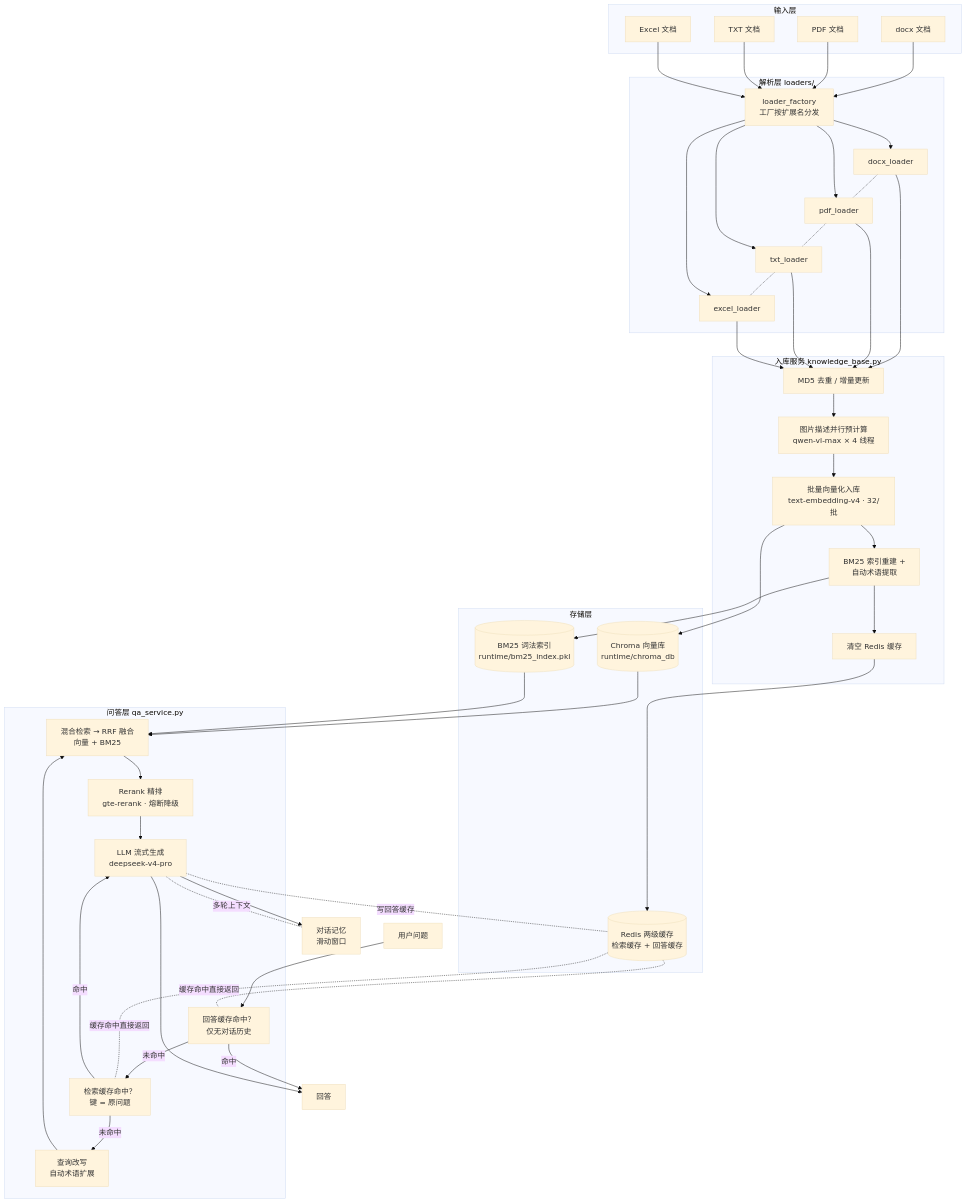
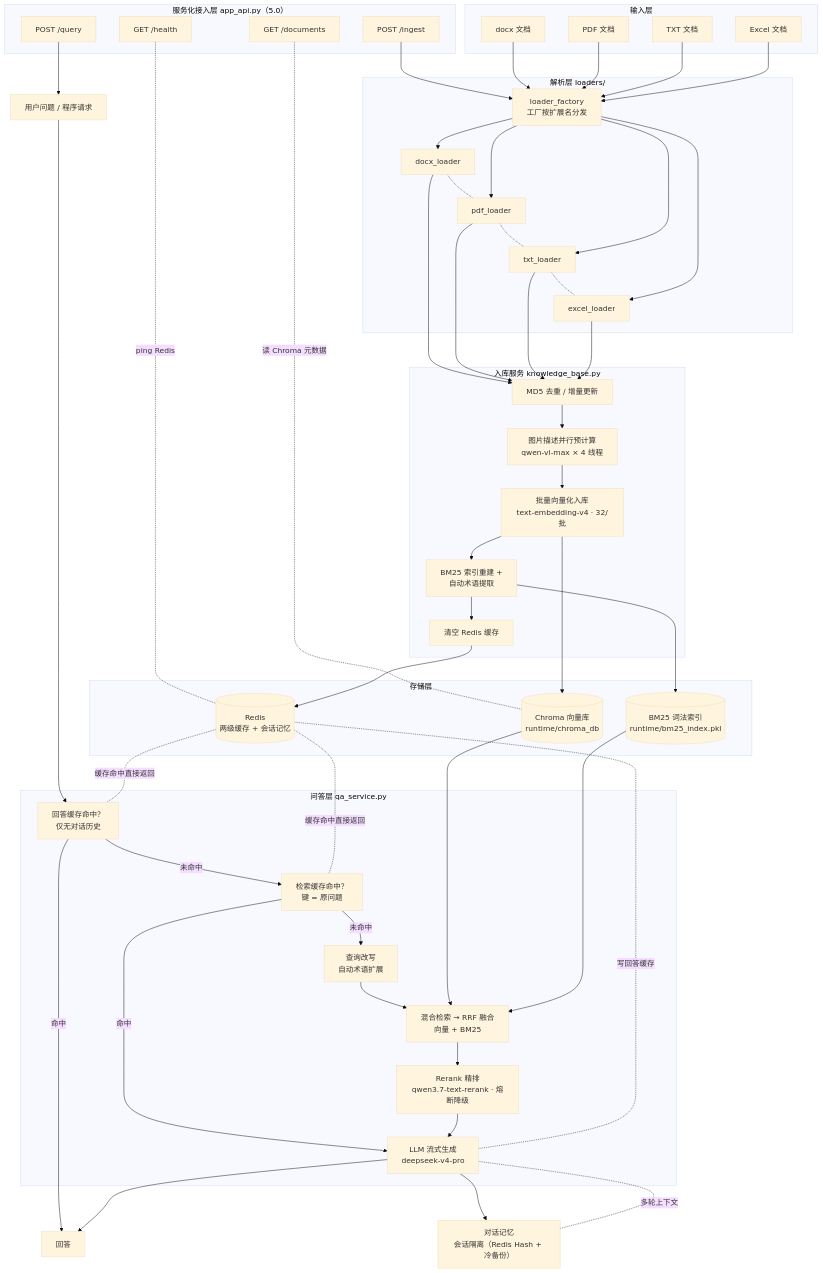
One commit to Olvenint/multi-format-rag changed the diagram in README.md. Above: the diagram before and after it, drawn with Mermaid (base theme). The commit also changed other lines of this file and 8 other files, not shown here.

Commit message:
feat: v5.0 服务化+多会话隔离（app_api FastAPI 接口 /health /ingest /query /documents，SSE 流式；SessionMemory Redis Hash+TTL+JSONL 冷备份；P1 修复 /ingest source 文件名）；README v5.0（FastAPI 使用+curl 示例+Rerank qwen3.7-text-rerank）；requirements 加 fastapi/uvicorn；移除 Gradio 本地演示

````diff
--- a/README.md
+++ b/README.md
@@ -35,57 +38,64 @@
 ```mermaid
 flowchart TB
+    subgraph API["服务化接入层 app_api.py（5.0）"]
+        AP1["GET /health"] & AP2["POST /ingest"] & AP3["POST /query"] & AP4["GET /documents"]
+    end
+
     subgraph IN["输入层"]
         D1["docx 文档"] & D2["PDF 文档"] & D3["TXT 文档"] & D4["Excel 文档"]
     end
 
     subgraph LD["解析层 loaders/"]
         F["loader_factory<br/>工厂按扩展名分发"]
         L1["docx_loader"] & L2["pdf_loader"] & L3["txt_loader"] & L4["excel_loader"]
         L1 -.- L2 -.- L3 -.- L4
     end
 
     subgraph KB["入库服务 knowledge_base.py"]
         I1["MD5 去重 / 增量更新"]
         I2["图片描述并行预计算<br/>qwen-vl-max × 4 线程"]
         I3["批量向量化入库<br/>text-embedding-v4 · 32/批"]
         I4["BM25 索引重建 +<br/>自动术语提取"]
         I5["清空 Redis 缓存"]
     end
 
     subgraph ST["存储层"]
         C[("Chroma 向量库<br/>runtime/chroma_db")]
         B[("BM25 词法索引<br/>runtime/bm25_index.pkl")]
-        R[("Redis 两级缓存<br/>检索缓存 + 回答缓存")]
+        R[("Redis<br/>两级缓存 + 会话记忆")]
     end
 
     subgraph QA["问答层 qa_service.py"]
         Q5["回答缓存命中？<br/>仅无对话历史"]
         Q1["检索缓存命中？<br/>键 = 原问题"]
         Q2["查询改写<br/>自动术语扩展"]
         Q3["混合检索 → RRF 融合<br/>向量 + BM25"]
-        Q4["Rerank 精排<br/>gte-rerank · 熔断降级"]
+        Q4["Rerank 精排<br/>qwen3.7-text-rerank · 熔断降级"]
         Q6["LLM 流式生成<br/>deepseek-v4-pro"]
     end
 
-    M["对话记忆<br/>滑动窗口"]
+    M["对话记忆<br/>会话隔离（Redis Hash + 冷备份）"]
 
+    AP1 -.ping Redis.- R
+    AP2 --> F
+    AP4 -.读 Chroma 元数据.- C
+    AP3 --> U["用户问题 / 程序请求"]
+    U --> Q5
     D1 & D2 & D3 & D4 --> F
     F --> L1 & L2 & L3 & L4
     L1 & L2 & L3 & L4 --> I1 --> I2 --> I3 --> C
     I3 --> I4 --> B
     I4 --> I5 --> R
-
-    U["用户问题"] --> Q5
     Q5 -->|命中| A["回答"]
     Q5 -->|未命中| Q1
     Q1 -->|命中| Q6
     Q1 -->|未命中| Q2 --> Q3 --> Q4 --> Q6
     C --> Q3
     B --> Q3
     R -.缓存命中直接返回.- Q5
     R -.缓存命中直接返回.- Q1
     Q6 --> A
     Q6 -.写回答缓存.- R
     Q6 --> M
     M -.多轮上下文.- Q6
 ```
````
